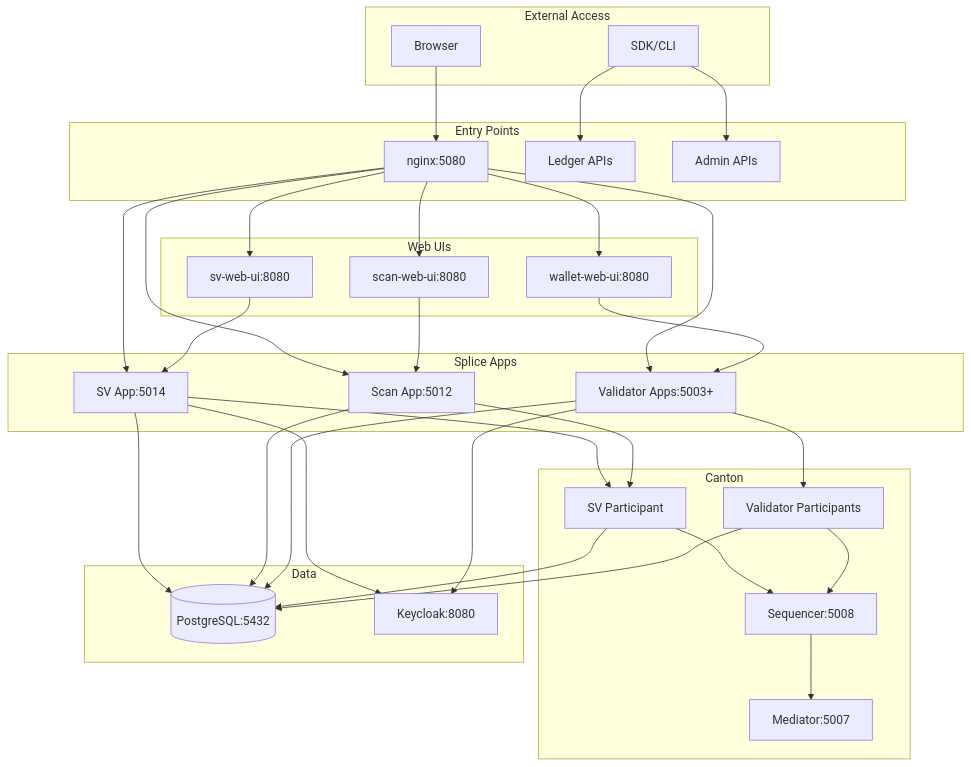
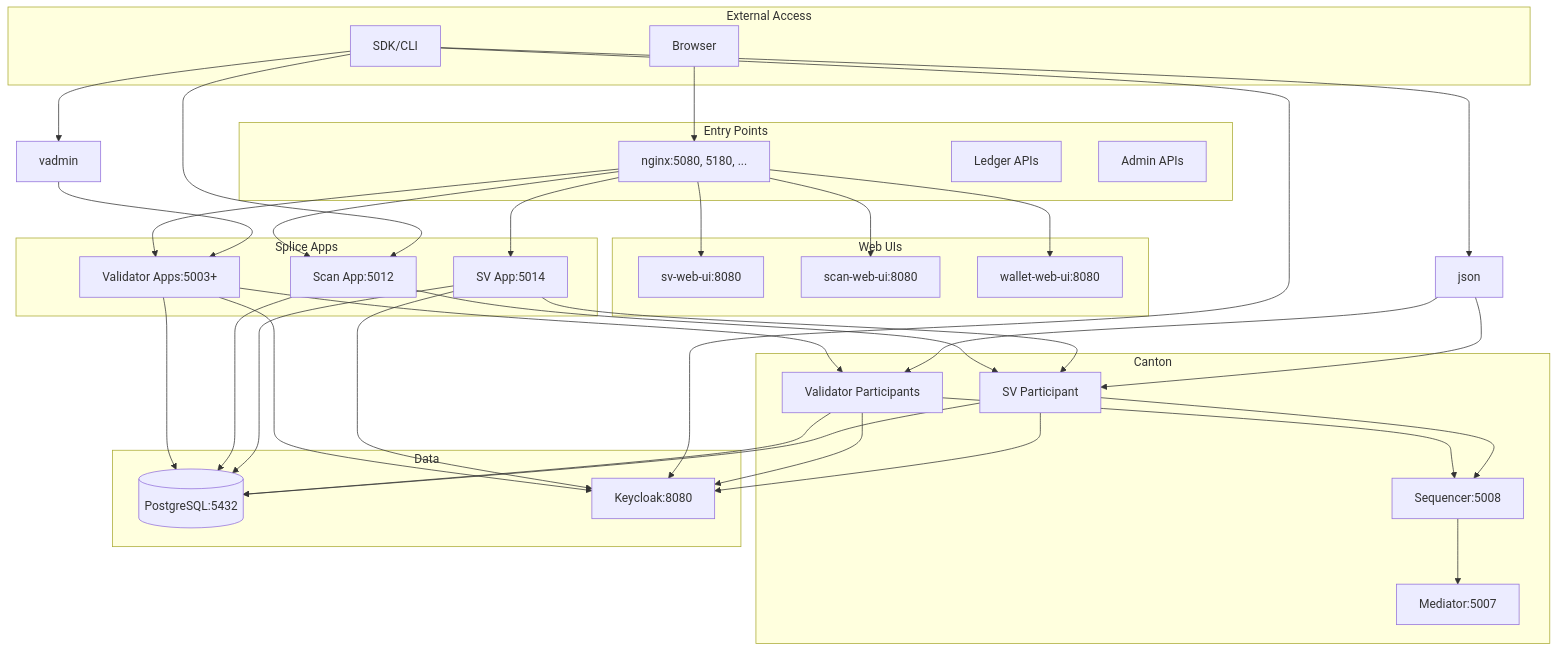
One commit to denex-io/denex-network-manager changed the seventh of 7 diagrams in site/src/content/docs/how-it-works/architecture.md. Above: the diagram before and after it, drawn with Mermaid. The commit also changed other lines of this file, not shown here.

Commit message:
docs: correct the architecture page

````diff
--- a/site/src/content/docs/how-it-works/architecture.md
+++ b/site/src/content/docs/how-it-works/architecture.md
@@ -597,69 +635,72 @@
 ```mermaid
 graph TB
     subgraph "External Access"
         Browser[Browser]
         SDK[SDK/CLI]
     end
     
     subgraph "Entry Points"
-        nginx[nginx:5080]
+        nginx[nginx:5080, 5180, ...]
         ledger[Ledger APIs]
         admin[Admin APIs]
     end
     
     subgraph "Web UIs"
         sv-ui[sv-web-ui:8080]
         scan-ui[scan-web-ui:8080]
         wallet-ui[wallet-web-ui:8080]
     end
     
     subgraph "Splice Apps"
         sv-app[SV App:5014]
         scan-app[Scan App:5012]
         validator-app[Validator Apps:5003+]
     end
     
     subgraph "Canton"
         sv-part[SV Participant]
         v-parts[Validator Participants]
         seq[Sequencer:5008]
         med[Mediator:5007]
     end
     
     subgraph "Data"
         pg[(PostgreSQL:5432)]
         kc[Keycloak:8080]
     end
     
     Browser --> nginx
-    SDK --> ledger
-    SDK --> admin
+    SDK --> json
+    SDK --> vadmin
+    SDK --> kc
+    SDK --> scan-app
+    json --> sv-part
+    json --> v-parts
+    vadmin --> validator-app
     
     nginx --> sv-ui
     nginx --> scan-ui
     nginx --> wallet-ui
     nginx --> sv-app
     nginx --> scan-app
     nginx --> validator-app
-    
-    sv-ui --> sv-app
-    scan-ui --> scan-app
-    wallet-ui --> validator-app
     
     sv-app --> sv-part
     scan-app --> sv-part
     validator-app --> v-parts
     
     sv-part --> seq
     v-parts --> seq
     seq --> med
     
     sv-part --> pg
     v-parts --> pg
     sv-app --> pg
     scan-app --> pg
     validator-app --> pg
     
     sv-app --> kc
     validator-app --> kc
+    sv-part --> kc
+    v-parts --> kc
 ```
````
